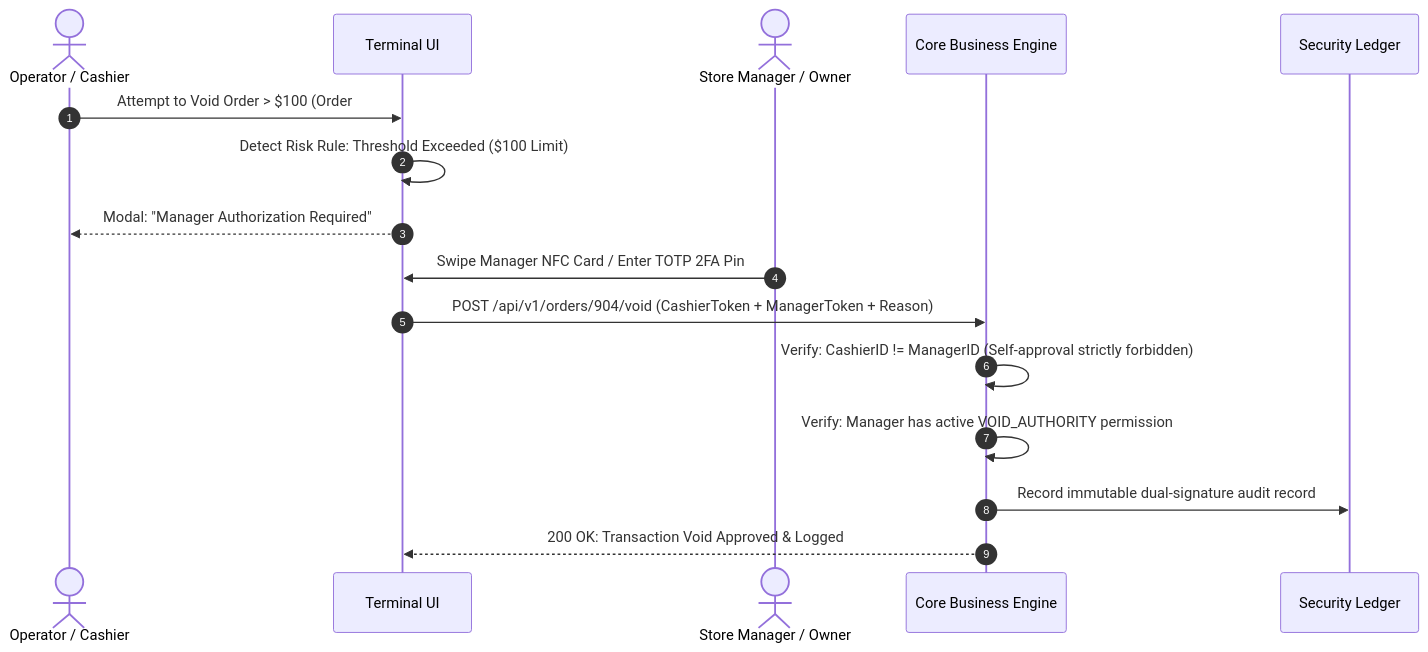
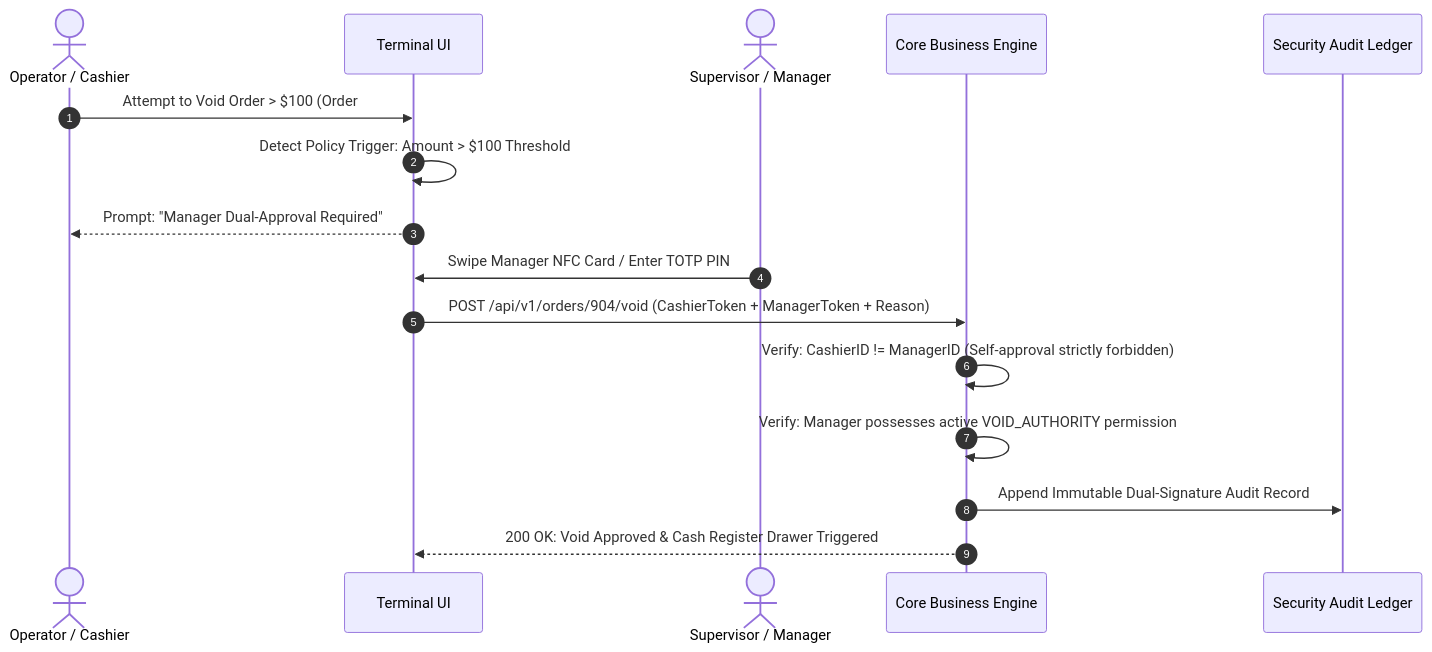
The diagram in 06-edge-cases-and-anti-failure/10-four-eyes-approval-and-rogue-staff-defense.md (reviveproject4-source/OpenBSA), drawn with Mermaid before and after one commit. The commit also changed other lines of this file and 18 other files, not shown here.

````diff
--- a/06-edge-cases-and-anti-failure/10-four-eyes-approval-and-rogue-staff-defense.md
+++ b/06-edge-cases-and-anti-failure/10-four-eyes-approval-and-rogue-staff-defense.md
@@ -19,22 +29,22 @@
 ```mermaid
 sequenceDiagram
     autonumber
     actor Cashier as Operator / Cashier
     participant POS as Terminal UI
-    actor Manager as Store Manager / Owner
+    actor Manager as Supervisor / Manager
     participant Server as Core Business Engine
-    participant Log as Security Ledger
+    participant Log as Security Audit Ledger
 
     Cashier->>POS: Attempt to Void Order > $100 (Order #904)
-    POS->>POS: Detect Risk Rule: Threshold Exceeded ($100 Limit)
-    POS-->>Cashier: Modal: "Manager Authorization Required"
-    
-    Manager->>POS: Swipe Manager NFC Card / Enter TOTP 2FA Pin
+    POS->>POS: Detect Policy Trigger: Amount > $100 Threshold
+    POS-->>Cashier: Prompt: "Manager Dual-Approval Required"
+
+    Manager->>POS: Swipe Manager NFC Card / Enter TOTP PIN
     POS->>Server: POST /api/v1/orders/904/void (CashierToken + ManagerToken + Reason)
-    
+
     Server->>Server: Verify: CashierID != ManagerID (Self-approval strictly forbidden)
-    Server->>Server: Verify: Manager has active VOID_AUTHORITY permission
-    
-    Server->>Log: Record immutable dual-signature audit record
-    Server-->>POS: 200 OK: Transaction Void Approved & Logged
+    Server->>Server: Verify: Manager possesses active VOID_AUTHORITY permission
+
+    Server->>Log: Append Immutable Dual-Signature Audit Record
+    Server-->>POS: 200 OK: Void Approved & Cash Register Drawer Triggered
 ```
````
